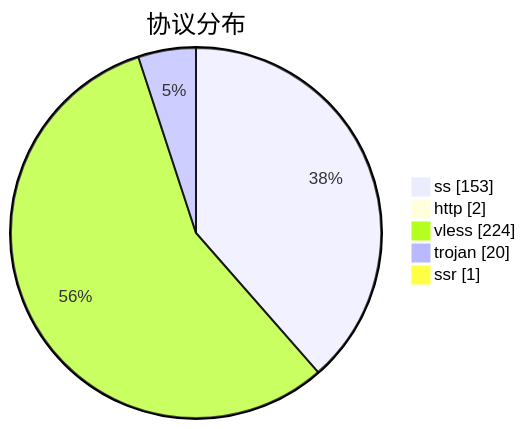
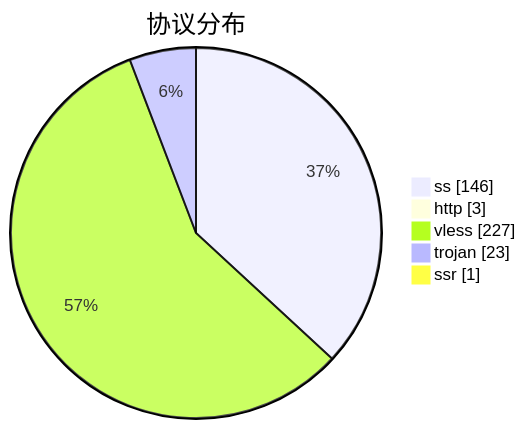
The third of 3 diagrams in subs/statistics/tested_within.md (qjlxg/airport), drawn with Mermaid before and after one commit. The commit also changed other lines of this file and 2 other files, not shown here.

````diff
--- a/subs/statistics/tested_within.md
+++ b/subs/statistics/tested_within.md
@@ -19,9 +18,9 @@
 ```mermaid
 pie showData
 title 协议分布
-"ss" : 153
-"http" : 2
-"vless" : 224
-"trojan" : 20
+"ss" : 146
+"http" : 3
+"vless" : 227
+"trojan" : 23
 "ssr" : 1
 ```
````
